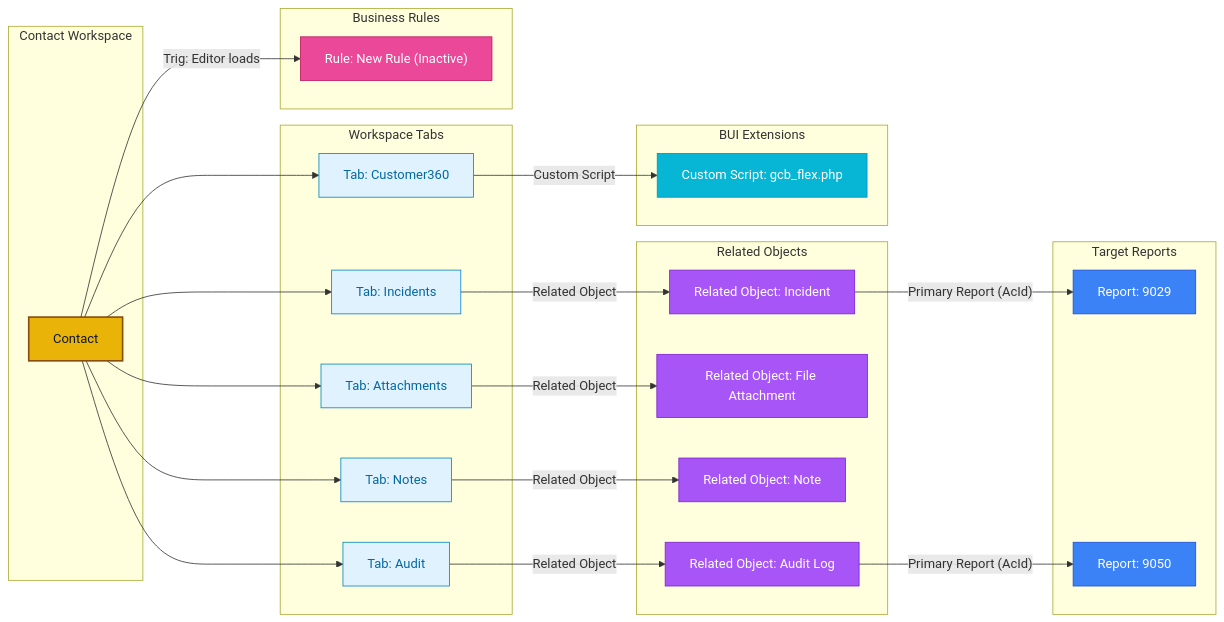
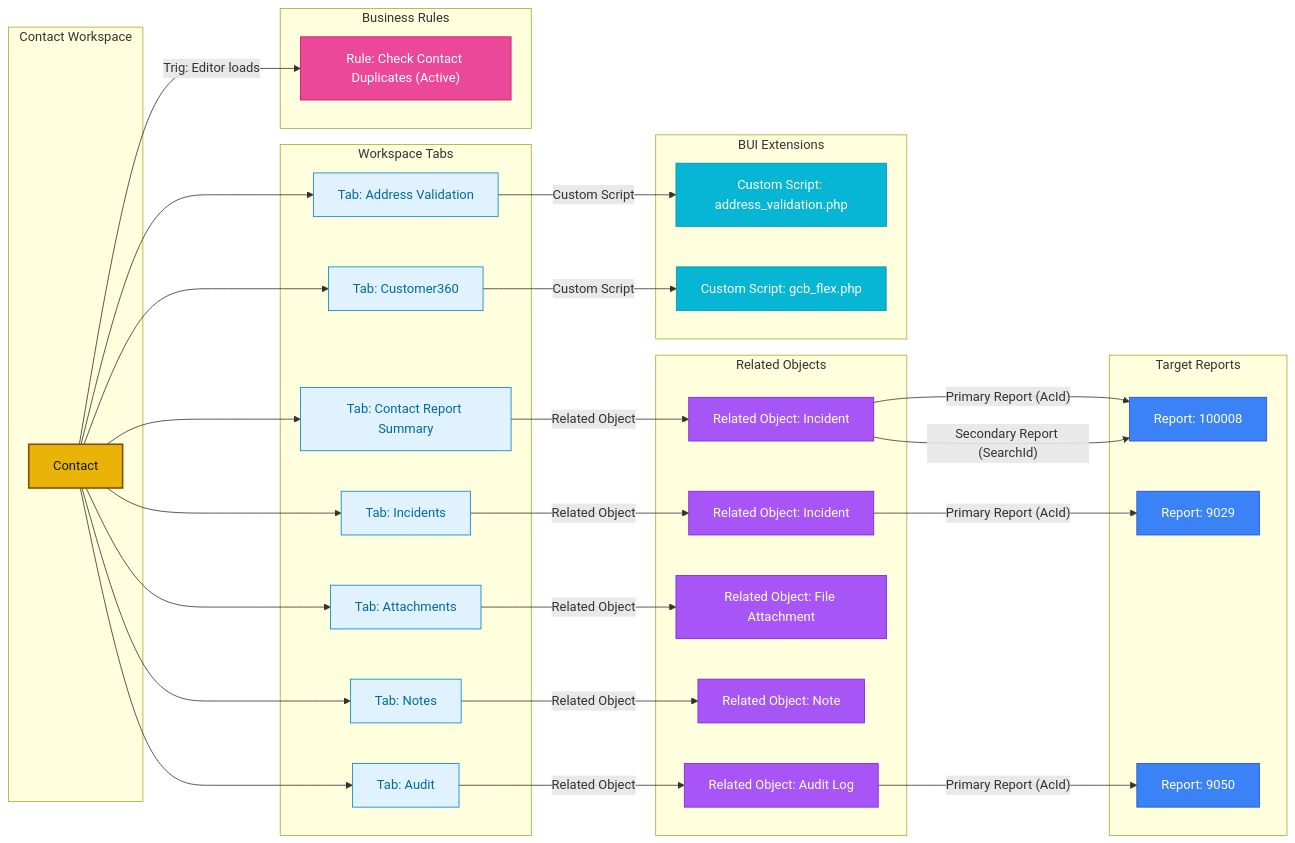
The diagram in results/markdown/workspaces/Contact/report.md (SujalMatolia0/Config_Migration), drawn with Mermaid before and after one commit. The commit also changed other lines of this file and 30 other files, not shown here.

Commit message:
Add dummy XMLs/scripts to show full cross-component mapping for Contact object

````diff
--- a/results/markdown/workspaces/Contact/report.md
+++ b/results/markdown/workspaces/Contact/report.md
@@ -162,57 +195,68 @@
 ```mermaid
 graph LR
   classDef workspace fill:#eab308,stroke:#854d0e,stroke-width:2px,color:#0f172a;
   classDef tab fill:#e0f2fe,stroke:#0284c7,stroke-width:1px,color:#0369a1;
   classDef report fill:#3b82f6,stroke:#1d4ed8,stroke-width:1px,color:#fff;
   classDef browser fill:#ef4444,stroke:#b91c1c,stroke-width:1px,color:#fff;
   classDef rule fill:#ec4899,stroke:#be185d,stroke-width:1px,color:#fff;
   classDef field fill:#f1f5f9,stroke:#64748b,stroke-width:1px,color:#334155;
   classDef object fill:#a855f7,stroke:#7e22ce,stroke-width:1px,color:#fff;
   classDef addin fill:#06b6d4,stroke:#0891b2,stroke-width:1px,color:#fff;
   classDef warning fill:#cbd5e1,stroke:#94a3b8,stroke-width:1px,color:#64748b;
   subgraph Workspace_Layer["Contact Workspace"]
     WS_Contact["Contact"]:::workspace
   end
 
   subgraph Tabs_Layer["Workspace Tabs"]
-    Tab_0["Tab: Incidents"]:::tab
-    Tab_1["Tab: Customer360"]:::tab
-    Tab_2["Tab: Attachments"]:::tab
-    Tab_3["Tab: Notes"]:::tab
-    Tab_4["Tab: Audit"]:::tab
+    Tab_0["Tab: Contact Report Summary"]:::tab
+    Tab_1["Tab: Incidents"]:::tab
+    Tab_2["Tab: Address Validation"]:::tab
+    Tab_3["Tab: Customer360"]:::tab
+    Tab_4["Tab: Attachments"]:::tab
+    Tab_5["Tab: Notes"]:::tab
+    Tab_6["Tab: Audit"]:::tab
   end
 
   subgraph Rules_Layer["Business Rules"]
-    Rule_0["Rule: New Rule (Inactive)"]:::rule
+    Rule_0["Rule: Check Contact Duplicates (Active)"]:::rule
   end
 
   subgraph Objects_Layer["Related Objects"]
     Obj_0_IncidentView["Related Object: Incident"]:::object
-    Obj_2_FileAttachments["Related Object: File Attachment"]:::object
-    Obj_3_ContactNotes["Related Object: Note"]:::object
-    Obj_4_ContactAuditLog["Related Object: Audit Log"]:::object
+    Obj_1_IncidentView["Related Object: Incident"]:::object
+    Obj_4_FileAttachments["Related Object: File Attachment"]:::object
+    Obj_5_ContactNotes["Related Object: Note"]:::object
+    Obj_6_ContactAuditLog["Related Object: Audit Log"]:::object
   end
 
   subgraph Addins_Layer["BUI Extensions"]
+    B_636908689046358799["Custom Script: address_validation.php"]:::addin
     B_636908689046358732["Custom Script: gcb_flex.php"]:::addin
   end
 
   subgraph Reports_Layer["Target Reports"]
+    R_100008["Report: 100008"]:::report
     R_9029["Report: 9029"]:::report
     R_9050["Report: 9050"]:::report
   end
 
   WS_Contact --> Tab_0
   WS_Contact --> Tab_1
   WS_Contact --> Tab_2
   WS_Contact --> Tab_3
   WS_Contact --> Tab_4
+  WS_Contact --> Tab_5
+  WS_Contact --> Tab_6
   WS_Contact --> |"Trig: Editor loads"| Rule_0
   Tab_0 --> |"Related Object"| Obj_0_IncidentView
-  Tab_1 --> |"Custom Script"| B_636908689046358732
-  Tab_2 --> |"Related Object"| Obj_2_FileAttachments
-  Tab_3 --> |"Related Object"| Obj_3_ContactNotes
-  Tab_4 --> |"Related Object"| Obj_4_ContactAuditLog
-  Obj_0_IncidentView --> |"Primary Report (AcId)"| R_9029
-  Obj_4_ContactAuditLog --> |"Primary Report (AcId)"| R_9050
+  Tab_1 --> |"Related Object"| Obj_1_IncidentView
+  Tab_2 --> |"Custom Script"| B_636908689046358799
+  Tab_3 --> |"Custom Script"| B_636908689046358732
+  Tab_4 --> |"Related Object"| Obj_4_FileAttachments
+  Tab_5 --> |"Related Object"| Obj_5_ContactNotes
+  Tab_6 --> |"Related Object"| Obj_6_ContactAuditLog
+  Obj_0_IncidentView --> |"Primary Report (AcId)"| R_100008
+  Obj_0_IncidentView --> |"Secondary Report (SearchId)"| R_100008
+  Obj_1_IncidentView --> |"Primary Report (AcId)"| R_9029
+  Obj_6_ContactAuditLog --> |"Primary Report (AcId)"| R_9050
 ```
````
